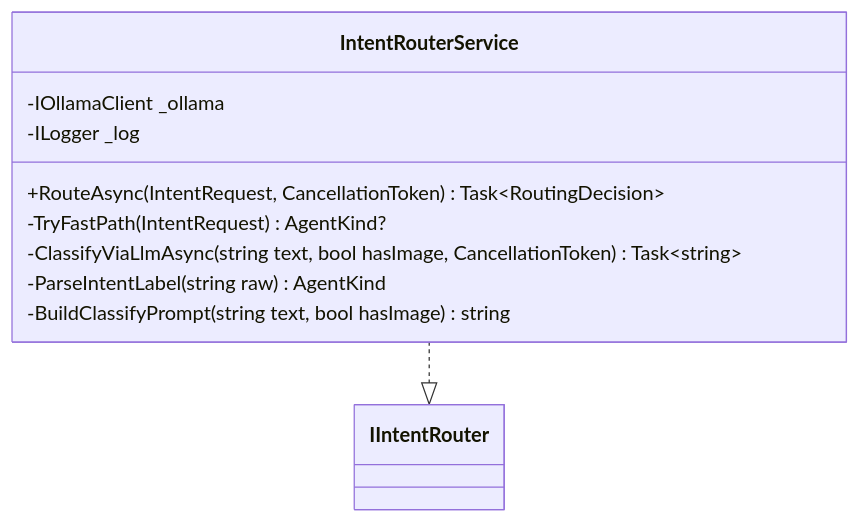
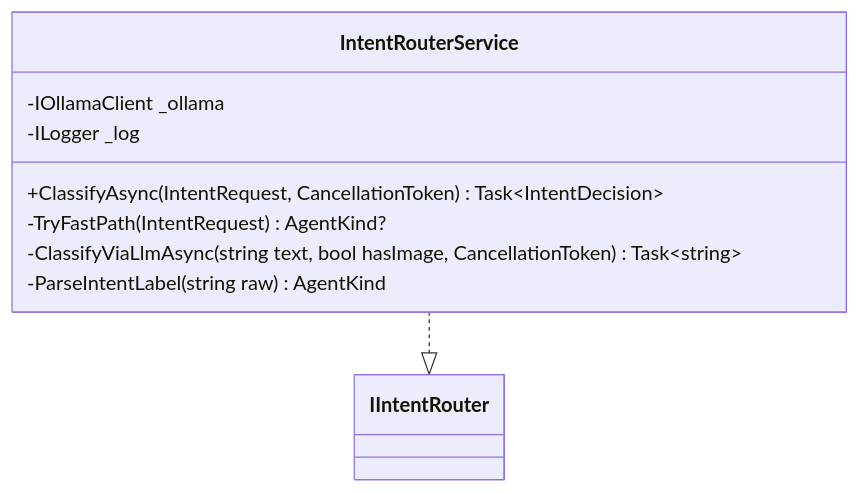
Before and after one commit to ekanatha-urivakili/EminentAiAgent: the fifth of 19 diagrams in docs/AGENT_2_AGENT_ARCHITECTURE.md, drawn with Mermaid. The commit also changed other lines of this file and 58 other files, not shown here.

````diff
--- a/docs/AGENT_2_AGENT_ARCHITECTURE.md
+++ b/docs/AGENT_2_AGENT_ARCHITECTURE.md
@@ -605,14 +601,13 @@
 ```mermaid
 classDiagram
     class IntentRouterService {
         -IOllamaClient _ollama
         -ILogger _log
-        +RouteAsync(IntentRequest, CancellationToken) Task~RoutingDecision~
+        +ClassifyAsync(IntentRequest, CancellationToken) Task~IntentDecision~
         -TryFastPath(IntentRequest) AgentKind?
         -ClassifyViaLlmAsync(string text, bool hasImage, CancellationToken) Task~string~
         -ParseIntentLabel(string raw) AgentKind
-        -BuildClassifyPrompt(string text, bool hasImage) string
     }
 
     IntentRouterService ..|> IIntentRouter
 ```
````
